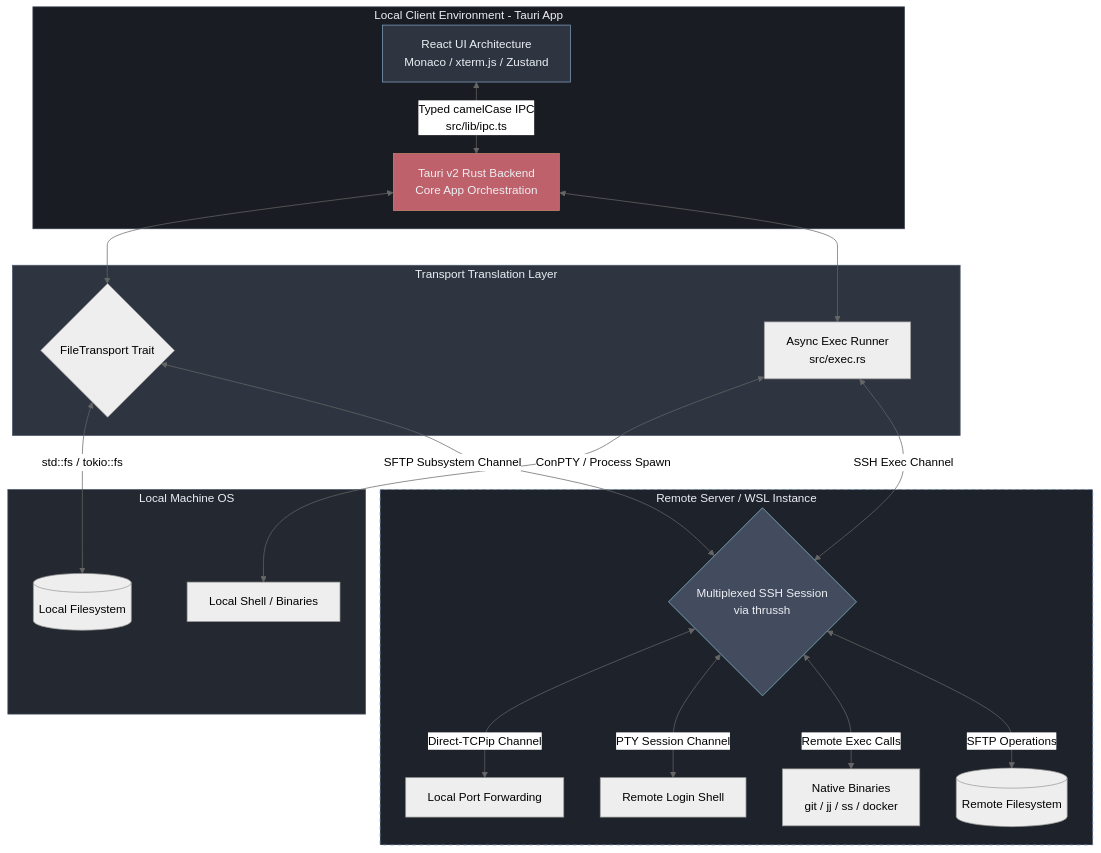
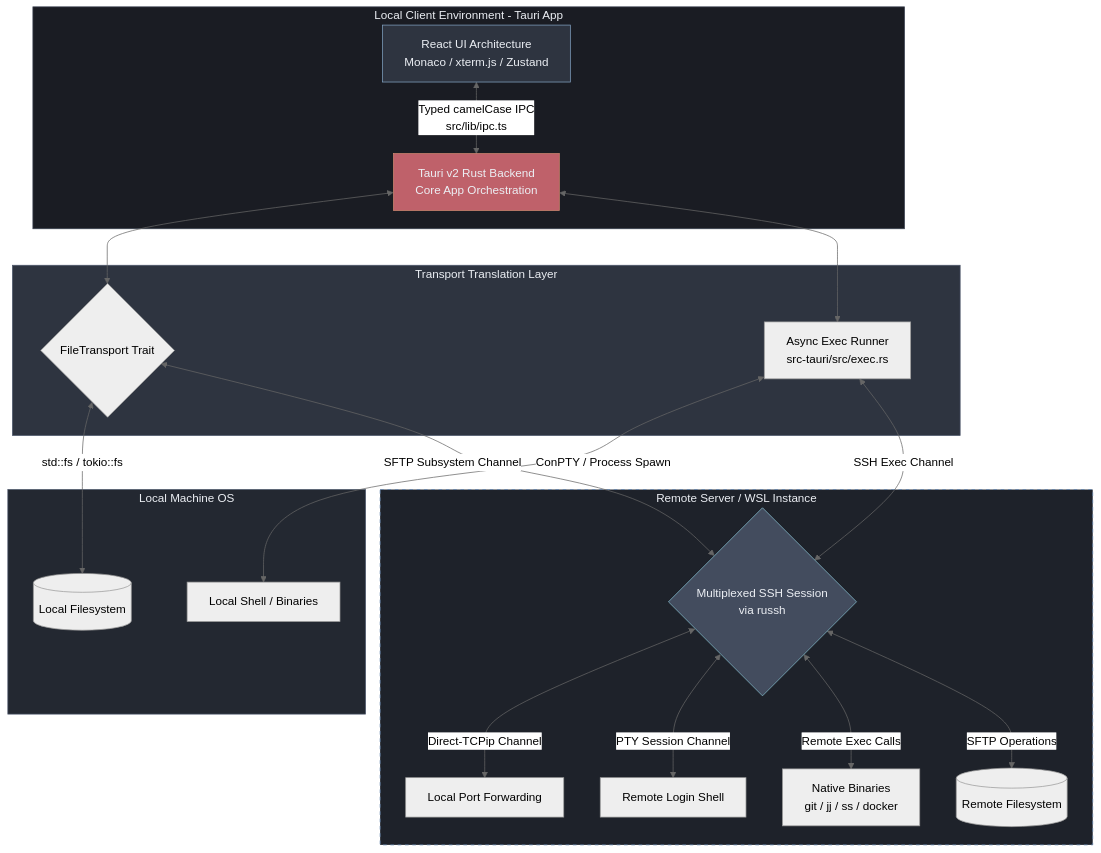
One commit to Yooouuuuuuu/straylight changed the diagram in README.md. Above: the diagram before and after it, drawn with Mermaid (neutral theme). The commit also changed other lines of this file and 19 other files, not shown here.

````diff
--- a/README.md
+++ b/README.md
@@ -47,41 +57,41 @@
 ```mermaid
 flowchart TB
     subgraph Client [Local Client Environment - Tauri App]
         UI[React UI Architecture\nMonaco / xterm.js / Zustand]
         Tauri[Tauri v2 Rust Backend\nCore App Orchestration]
         UI <-->|Typed camelCase IPC\nsrc/lib/ipc.ts| Tauri
     end
 
     subgraph Transport [Transport Translation Layer]
         FT{FileTransport Trait}
-        Exec[Async Exec Runner\nsrc/exec.rs]
+        Exec[Async Exec Runner\nsrc-tauri/src/exec.rs]
         Tauri <--> FT
         Tauri <--> Exec
     end
 
     subgraph LocalHost [Local Machine OS]
         FT <-->|std::fs / tokio::fs| LocalFS[(Local Filesystem)]
         Exec <-->|ConPTY / Process Spawn| LocalPTY[Local Shell / Binaries]
     end
 
     subgraph RemoteHost [Remote Server / WSL Instance]
-        Tunnel{Multiplexed SSH Session\nvia thrussh}
+        Tunnel{Multiplexed SSH Session\nvia russh}
         Exec <-->|SSH Exec Channel| Tunnel
         FT <-->|SFTP Subsystem Channel| Tunnel
         
         Tunnel <-->|Direct-TCPip Channel| PortFwd[Local Port Forwarding]
         Tunnel <-->|PTY Session Channel| RemotePTY[Remote Login Shell]
         
         Tunnel <-->|Remote Exec Calls| RemoteBinaries[Native Binaries\ngit / jj / ss / docker]
         Tunnel <-->|SFTP Operations| RemoteFS[(Remote Filesystem)]
     end
 
     %% Styling
     style Client fill:#1a1c23,stroke:#3b4252,color:#eceff4
     style UI fill:#2e3440,stroke:#81a1c1,color:#eceff4
     style Tauri fill:#bf616a,stroke:#d08770,color:#eceff4
     style Transport fill:#2e3440,stroke:#4c566a,color:#eceff4
     style LocalHost fill:#232831,stroke:#4c566a,color:#eceff4
     style RemoteHost fill:#1e222a,stroke:#5e81ac,stroke-dasharray: 5 5,color:#eceff4
     style Tunnel fill:#434c5e,stroke:#88c0d0,color:#eceff4
 ```
````
